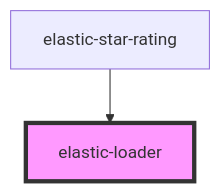
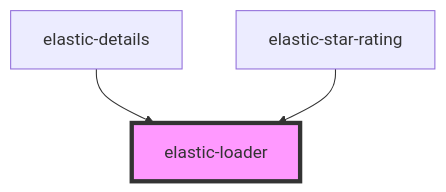
Before and after one commit to elasticmind/elastic-star-rating: the diagram in components/src/components/elastic-loader/readme.md, drawn with Mermaid. The commit also changed other lines of this file and 3 other files, not shown here.

````diff
--- a/components/src/components/elastic-loader/readme.md
+++ b/components/src/components/elastic-loader/readme.md
@@ -15,5 +16,6 @@
 ```mermaid
 graph TD;
+  elastic-details --> elastic-loader
   elastic-star-rating --> elastic-loader
   style elastic-loader fill:#f9f,stroke:#333,stroke-width:4px
 ```
````
